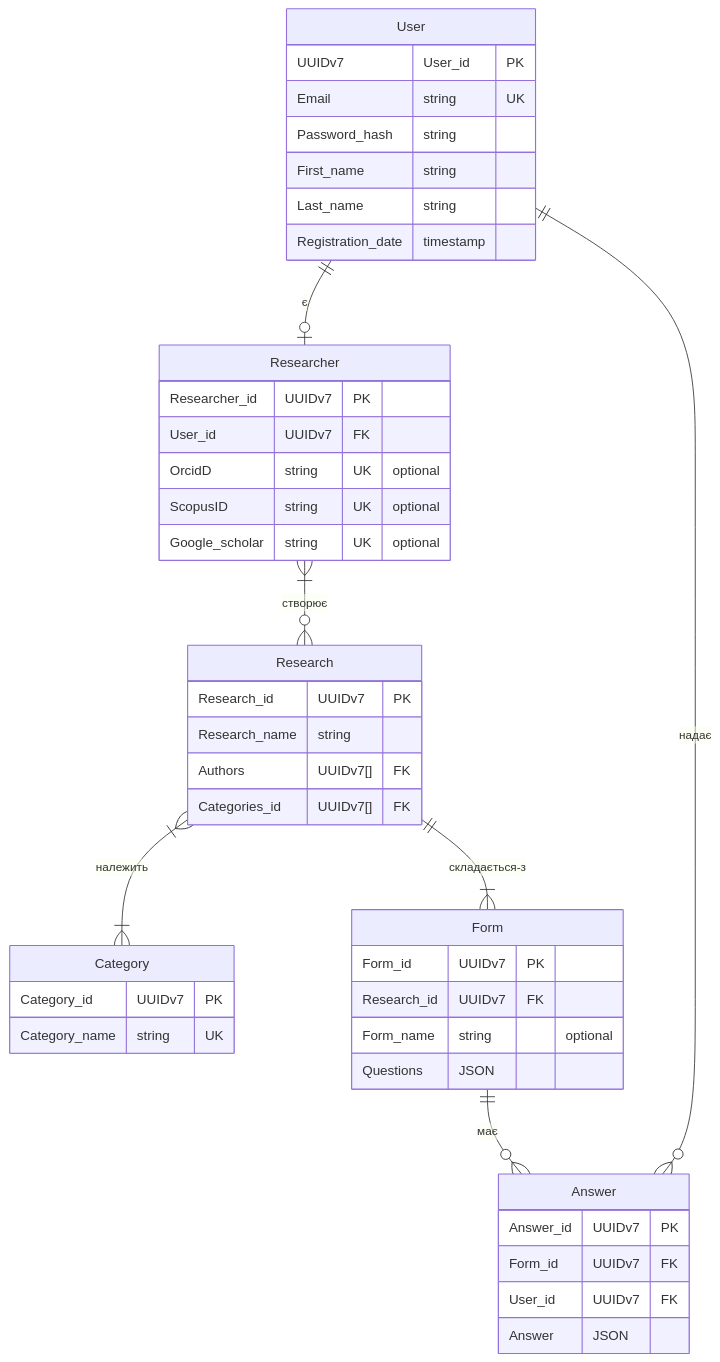
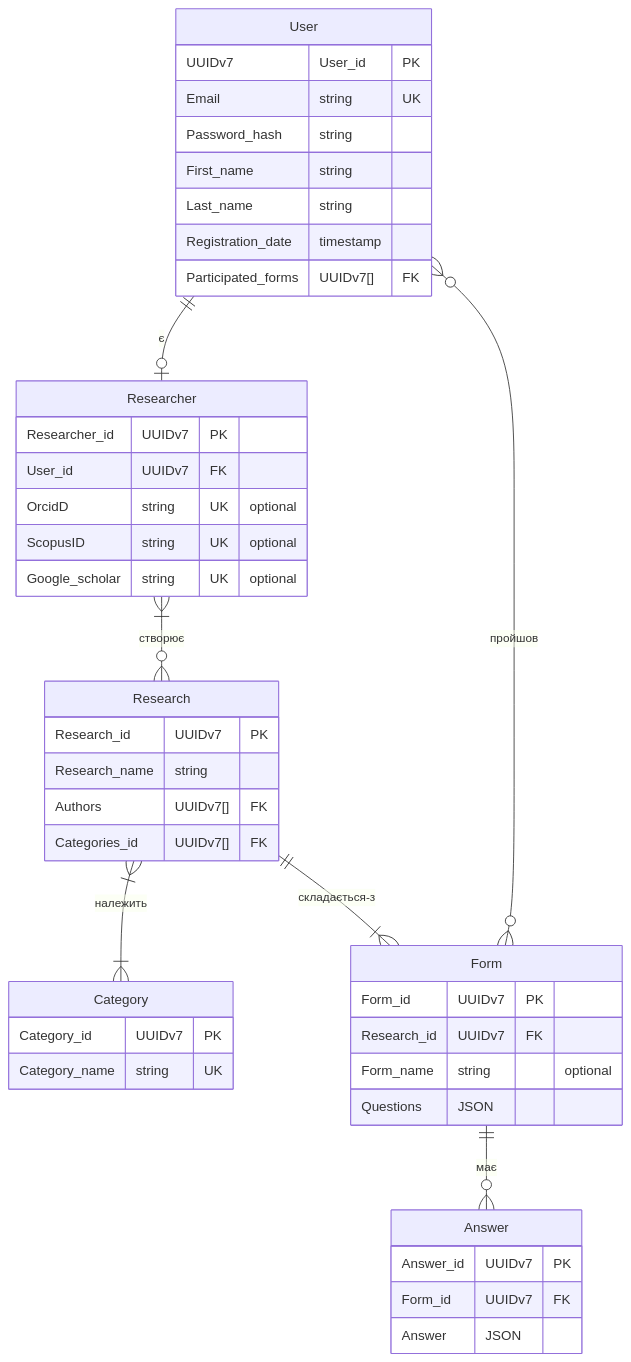
One commit to LenivyKrabik/KPI2 changed the diagram in Lab1/diagram/ERdiagram.mmd. Above: the diagram before and after it, drawn with Mermaid. The commit also changed 5 other files, not shown here.

```diff
--- a/Lab1/diagram/ERdiagram.mmd
+++ b/Lab1/diagram/ERdiagram.mmd
@@ -1,45 +1,45 @@
 erDiagram
     User {
         UUIDv7 User_id PK
         Email string UK
         Password_hash string
         First_name string
         Last_name string
         Registration_date timestamp
+        Participated_forms UUIDv7[] FK
     }
     Researcher {
         Researcher_id UUIDv7 PK
         User_id UUIDv7 FK
         OrcidD string UK "optional"
         ScopusID string UK "optional"
         Google_scholar string UK "optional"
     }
     Research {
         Research_id UUIDv7 PK
         Research_name string
         Authors UUIDv7[] FK
         Categories_id UUIDv7[] FK
     }
     Category {
         Category_id UUIDv7 PK
         Category_name string UK
     }
     Form {
         Form_id UUIDv7 PK
         Research_id UUIDv7 FK
         Form_name string "optional"
         Questions JSON
     }
     Answer {
         Answer_id UUIDv7 PK
         Form_id UUIDv7 FK
-        User_id UUIDv7 FK
         Answer JSON
     }
 
     User ||--o| Researcher : є
     Researcher }|--o{ Research : cтворює
     Research }|--|{ Category : належить
     Research ||--|{ Form : складається-з
     Form ||--o{ Answer : має
-    User ||--o{ Answer : надає
+    User }o--o{ Form : пройшов 
```
